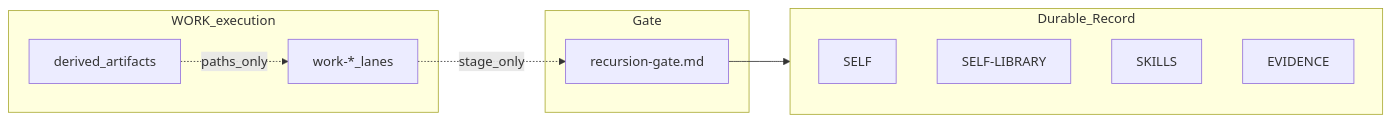
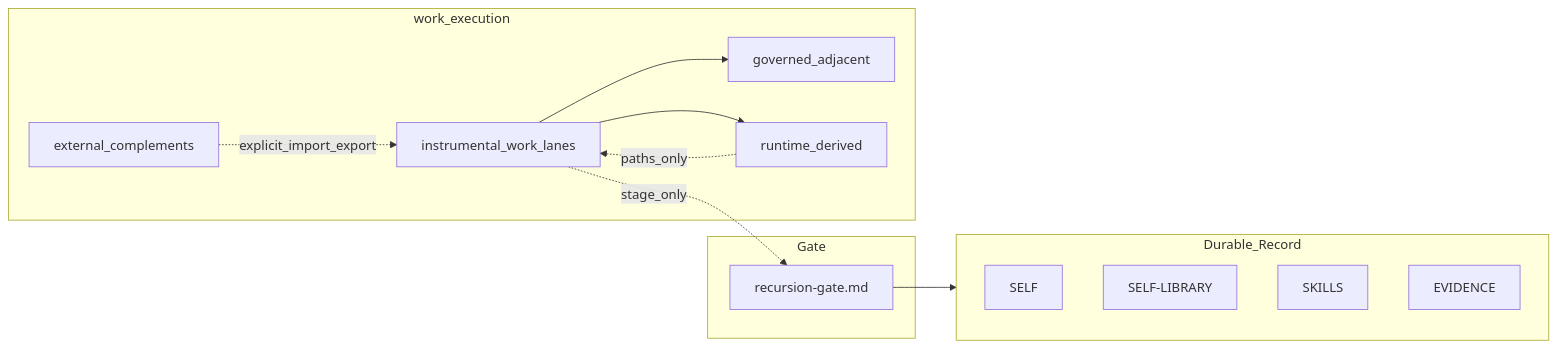
Before and after one commit to rbtkhn/strategy-codex: the diagram in docs/operator-mental-model.md, drawn with Mermaid. The commit also changed other lines of this file and 11 other files, not shown here.

````diff
--- a/docs/operator-mental-model.md
+++ b/docs/operator-mental-model.md
@@ -9,19 +9,24 @@
 ```mermaid
 flowchart LR
   subgraph durable [Durable_Record]
     SELF[SELF]
     Lib[SELF-LIBRARY]
     Skills[SKILLS]
     Ev[EVIDENCE]
   end
   subgraph gate [Gate]
     PR[recursion-gate.md]
   end
-  subgraph work [WORK_execution]
-    Lanes[work-*_lanes]
-    Derived[derived_artifacts]
+  subgraph work [work_execution]
+    Lanes[instrumental_work_lanes]
+    Adj[governed_adjacent]
+    Derived[runtime_derived]
+    Ext[external_complements]
   end
   PR --> durable
   Lanes -.->|stage_only| PR
+  Lanes --> Adj
+  Lanes --> Derived
   Derived -.->|paths_only| Lanes
+  Ext -.->|explicit_import_export| Lanes
 ```
````
